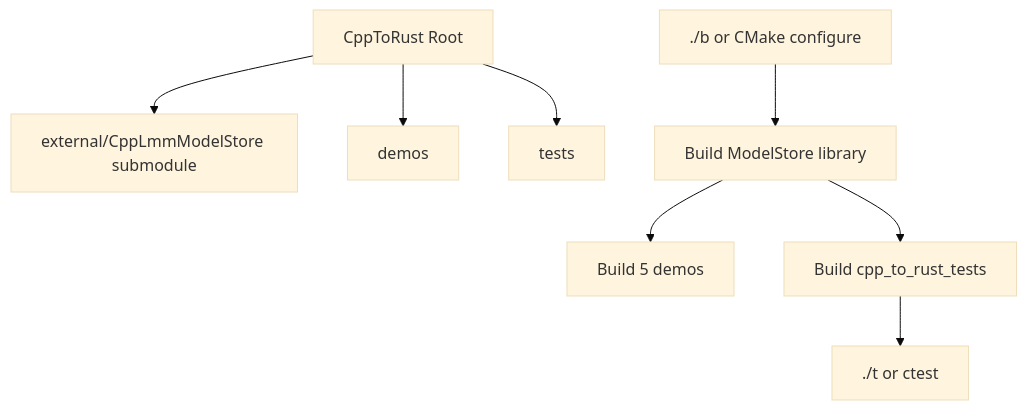
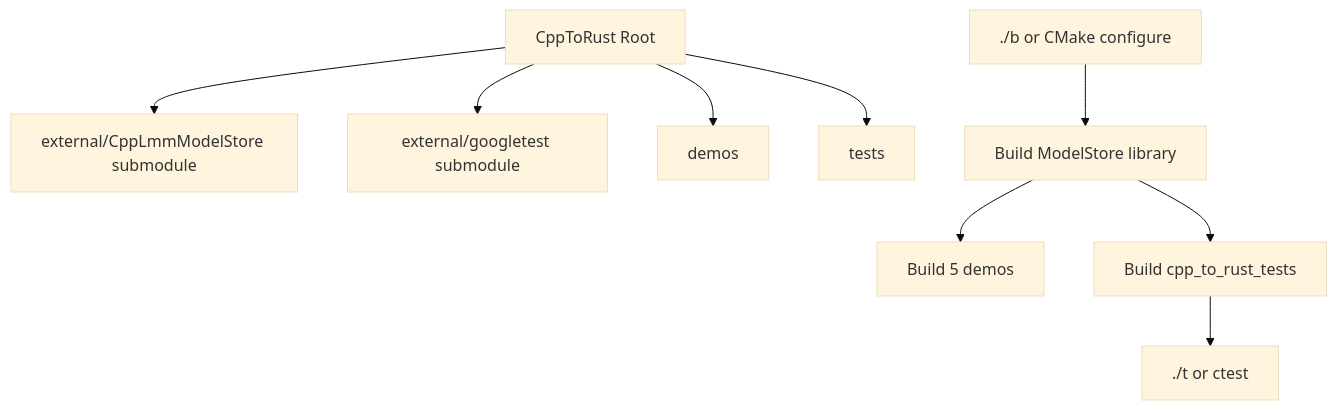
Before and after one commit to cschladetsch/CppToRustAI: the first of 2 diagrams in README.md, drawn with Mermaid (base theme). The commit also changed other lines of this file and 3 other files, not shown here.

````diff
--- a/README.md
+++ b/README.md
@@ -5,10 +5,11 @@
 ```mermaid
 flowchart TD
   A[CppToRust Root] --> B[external/CppLmmModelStore submodule]
+  A --> B2[external/googletest submodule]
   A --> C[demos]
   A --> D[tests]
   E[./b or CMake configure] --> F[Build ModelStore library]
   F --> G[Build 5 demos]
   F --> H[Build cpp_to_rust_tests]
   H --> I[./t or ctest]
 ```
````
